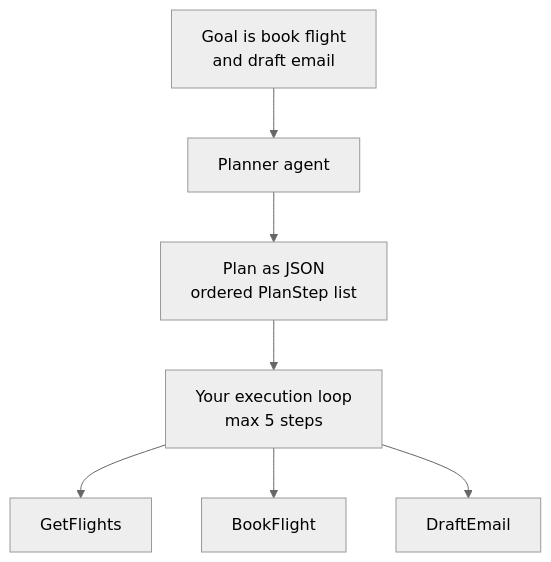
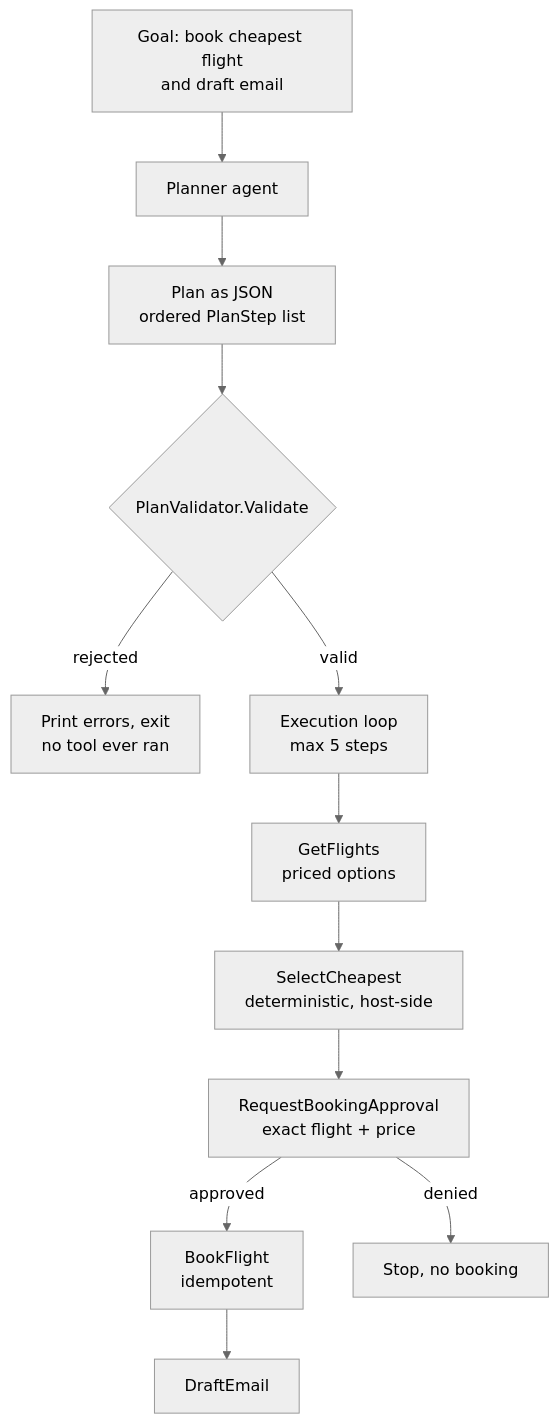
Before and after one commit to arst/agentic-patterns: the diagram in PatternExplorer/patterns/Planning.md, drawn with Mermaid (neutral theme). The commit also changed other lines of this file and 12 other files, not shown here.

First line of the commit message:
fix(planning): priced flights, deterministic selection, plan validation, approved idempotent booking

````diff
--- a/PatternExplorer/patterns/Planning.md
+++ b/PatternExplorer/patterns/Planning.md
@@ -52,9 +65,14 @@
 ```mermaid
 flowchart TD
-    G[Goal is book flight<br/>and draft email] --> P[Planner agent]
+    G[Goal: book cheapest flight<br/>and draft email] --> P[Planner agent]
     P --> J[Plan as JSON<br/>ordered PlanStep list]
-    J --> L[Your execution loop<br/>max 5 steps]
-    L --> T1[GetFlights]
-    L --> T2[BookFlight]
-    L --> T3[DraftEmail]
+    J --> V{PlanValidator.Validate}
+    V -->|rejected| X[Print errors, exit<br/>no tool ever ran]
+    V -->|valid| L[Execution loop<br/>max 5 steps]
+    L --> T1[GetFlights<br/>priced options]
+    T1 --> T2[SelectCheapest<br/>deterministic, host-side]
+    T2 --> T3[RequestBookingApproval<br/>exact flight + price]
+    T3 -->|approved| T4[BookFlight<br/>idempotent]
+    T3 -->|denied| X2[Stop, no booking]
+    T4 --> T5[DraftEmail]
 ```
````
